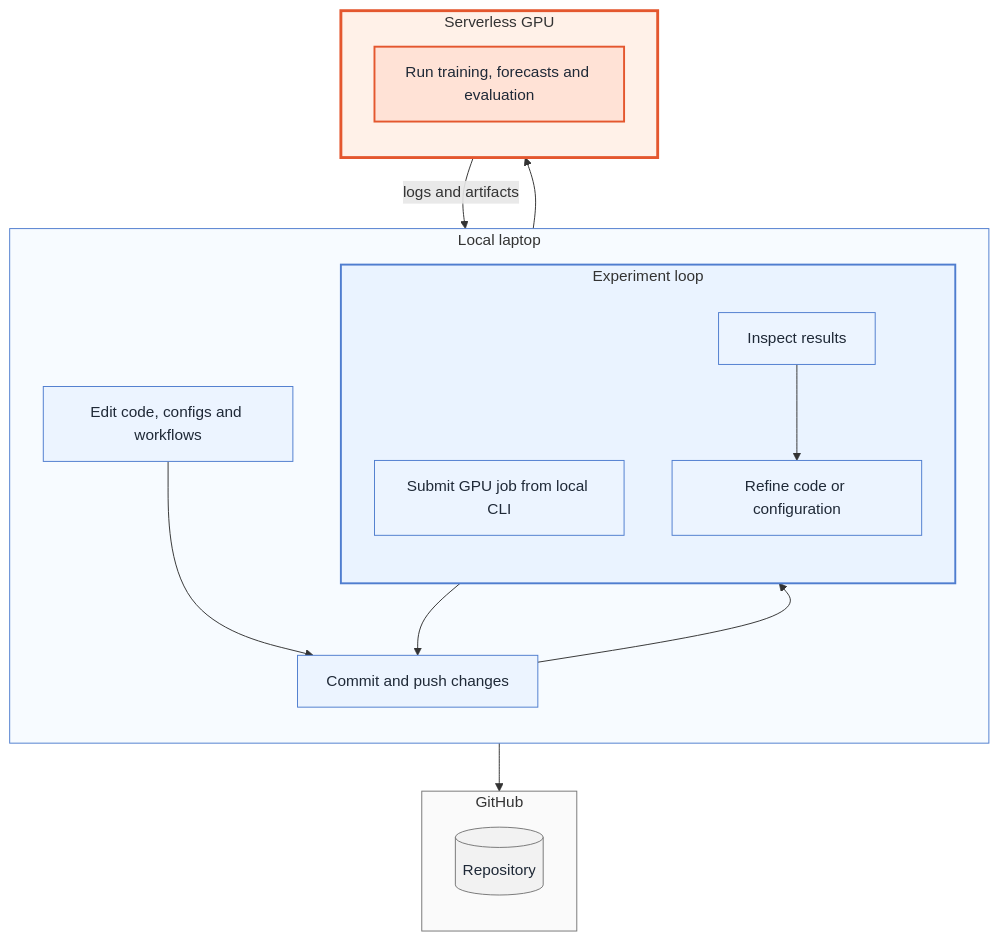
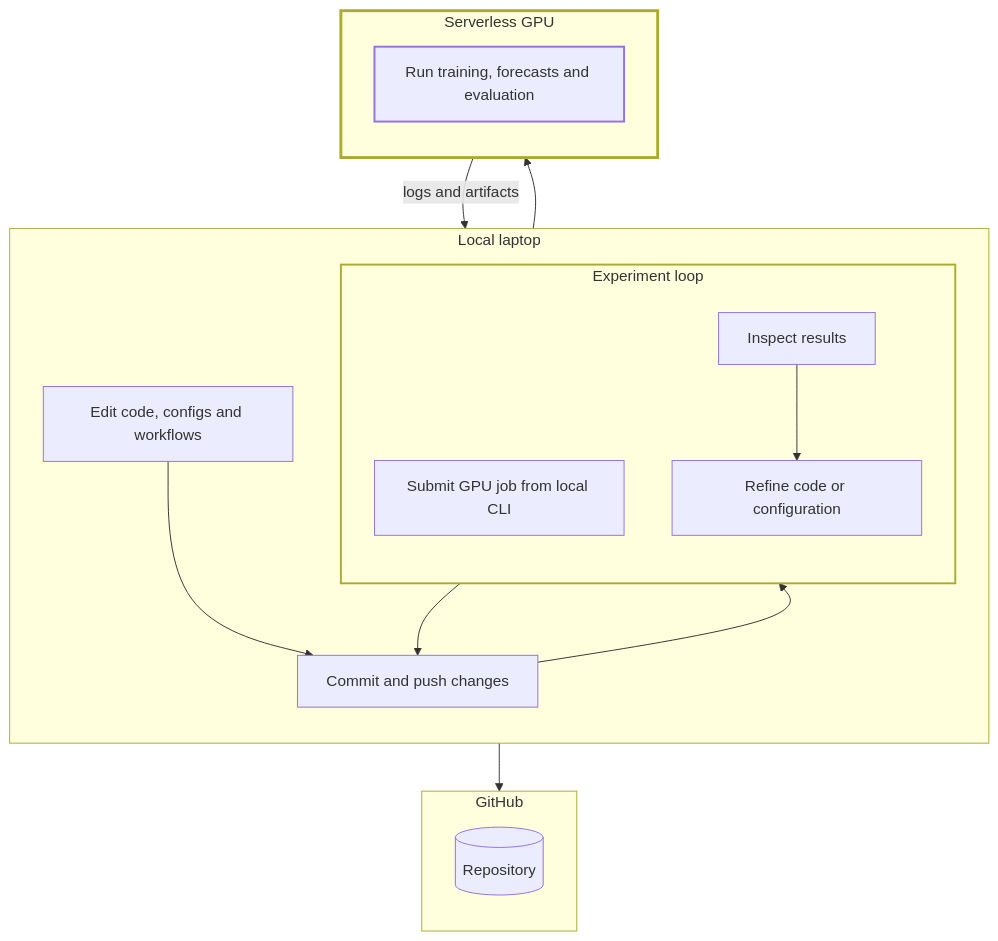
One commit to martibosch/martibosch.github.io changed the third of 3 diagrams in _posts/2026-05-08-ci2026-good-practices.md. Above: the diagram before and after it, drawn with Mermaid. The commit also changed other lines of this file and 21 other files, not shown here.

Commit message:
feat: added auto dark/light theme; update mermaid styles

````diff
--- a/_posts/2026-05-08-ci2026-good-practices.md
+++ b/_posts/2026-05-08-ci2026-good-practices.md
@@ -226,40 +226,40 @@
 ```mermaid
 flowchart TB
     subgraph Local["Local laptop"]
         direction TB
         local_edit["Edit code, configs and workflows"]
         local_push["Commit and push changes"]
         subgraph LocalLoop["Experiment loop"]
             direction TB
             local_submit["Submit GPU job from local CLI"]
             local_inspect["Inspect results"]
             local_refine["Refine code or configuration"]
         end
     end
 
     subgraph GitHub["GitHub"]
         direction TB
         github_repo[("Repository")]
     end
 
     subgraph GPU["Serverless GPU"]
         direction TB
         gpu_run["Run training, forecasts and evaluation"]
     end
 
     local_edit --> local_push --> github_repo
     local_push --> local_submit --> gpu_run
     gpu_run -->|"logs and artifacts"| local_inspect
     local_inspect --> local_refine --> local_push
 
-    classDef local fill:#ecf4ff,stroke:#4f7dcf,color:#1f2937;
-    classDef github fill:#f2f2f2,stroke:#777,color:#1f2937;
-    classDef gpu fill:#ffe2d6,stroke:#e4572e,stroke-width:2px,color:#1f2937;
+    classDef local fill:$TASK_FILL,stroke:$TASK_STROKE,color:$NODE_TEXT;
+    classDef github fill:$TARGET_FILL,stroke:$TARGET_STROKE,color:$NODE_TEXT;
+    classDef gpu fill:$GPU_FILL,stroke:$GPU_STROKE,stroke-width:2px,color:$NODE_TEXT;
     class local_edit,local_push,local_submit,local_inspect,local_refine local;
     class github_repo github;
     class gpu_run gpu;
-    style Local fill:#f7fbff,stroke:#4f7dcf
-    style GitHub fill:#fafafa,stroke:#777
-    style GPU fill:#fff1e8,stroke:#e4572e,stroke-width:3px
-    style LocalLoop fill:#eaf3ff,stroke:#4f7dcf,stroke-width:2px
+    style Local fill:$SUB_TASK_FILL,stroke:$SUB_TASK_STROKE
+    style GitHub fill:$SUB_NEUTRAL_FILL,stroke:$SUB_NEUTRAL_STROKE
+    style GPU fill:$SUB_GPU_FILL,stroke:$SUB_GPU_STROKE,stroke-width:3px
+    style LocalLoop fill:$SUB_LOOP_FILL,stroke:$SUB_TASK_STROKE,stroke-width:2px
 ```
````
